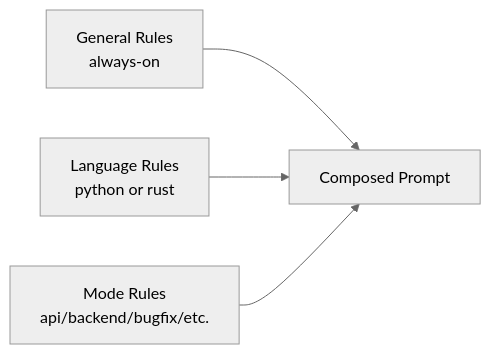
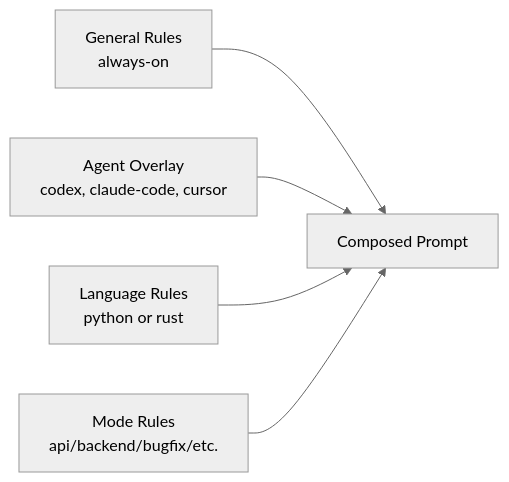
One commit to jefnazario/refined-agents changed the second of 2 diagrams in README.md. Above: the diagram before and after it, drawn with Mermaid (neutral theme). The commit also changed other lines of this file and 10 other files, not shown here.

````diff
--- a/README.md
+++ b/README.md
@@ -95,6 +105,7 @@
 ```mermaid
 flowchart LR
     A[General Rules<br/>always-on] --> D[Composed Prompt]
-    B[Language Rules<br/>python or rust] --> D
-    C[Mode Rules<br/>api/backend/bugfix/etc.] --> D
+    B[Agent Overlay<br/>codex, claude-code, cursor] --> D
+    C[Language Rules<br/>python or rust] --> D
+    E[Mode Rules<br/>api/backend/bugfix/etc.] --> D
 ```
````
